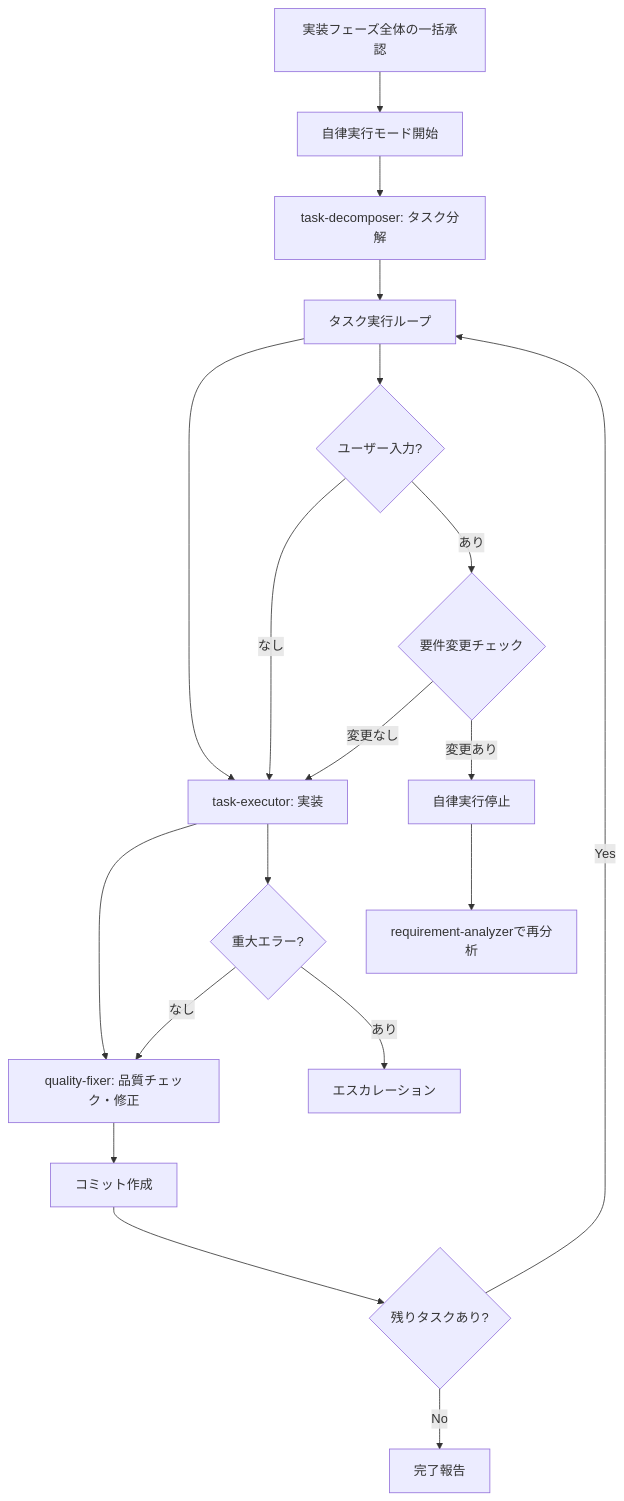
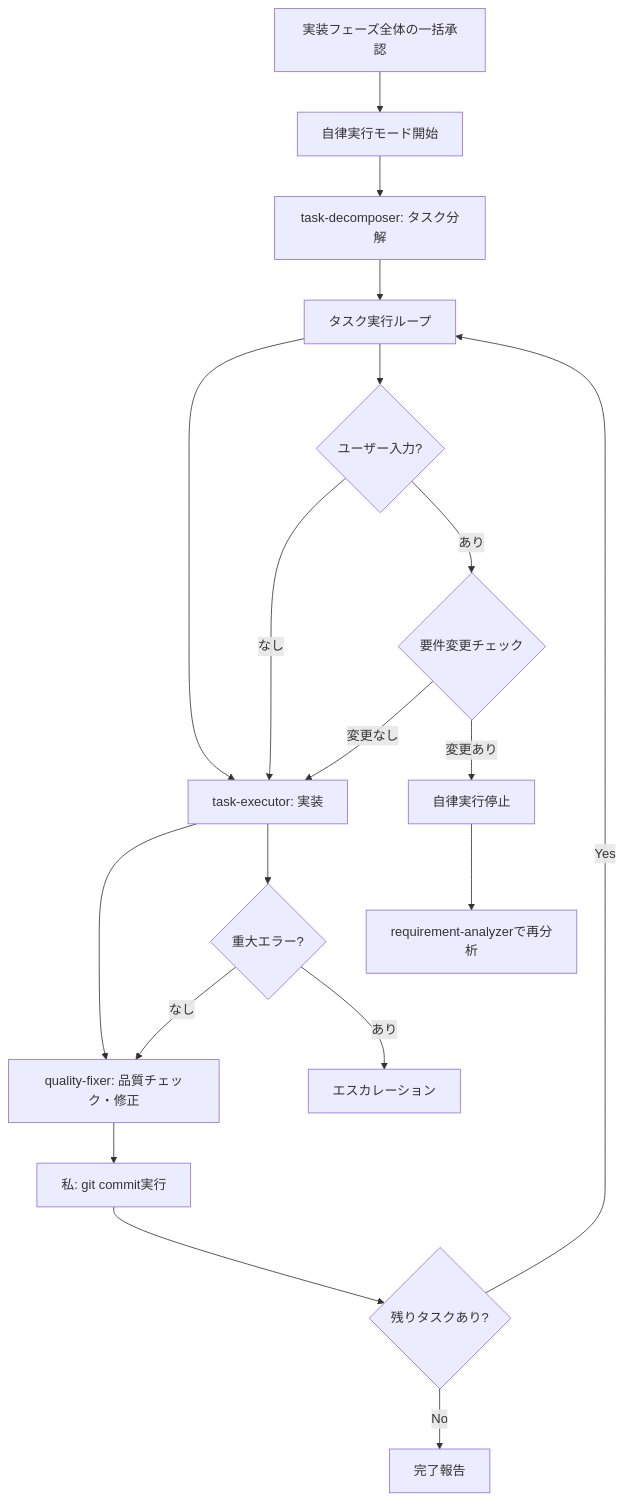
One commit to trust-delta/okusuri-support changed the second of 2 diagrams in docs/guides/sub-agents.md. Above: the diagram before and after it, drawn with Mermaid. The commit also changed other lines of this file and 30 other files, not shown here.

````diff
--- a/docs/guides/sub-agents.md
+++ b/docs/guides/sub-agents.md
@@ -189,23 +209,23 @@
 ```mermaid
 graph TD
     START[実装フェーズ全体の一括承認] --> AUTO[自律実行モード開始]
     AUTO --> TD[task-decomposer: タスク分解]
     TD --> LOOP[タスク実行ループ]
     LOOP --> TE[task-executor: 実装]
     TE --> QF[quality-fixer: 品質チェック・修正]
-    QF --> COMMIT[コミット作成]
+    QF --> COMMIT[私: git commit実行]
     COMMIT --> CHECK{残りタスクあり?}
     CHECK -->|Yes| LOOP
     CHECK -->|No| REPORT[完了報告]
-    
+
     LOOP --> INTERRUPT{ユーザー入力?}
     INTERRUPT -->|なし| TE
     INTERRUPT -->|あり| REQCHECK{要件変更チェック}
     REQCHECK -->|変更なし| TE
     REQCHECK -->|変更あり| STOP[自律実行停止]
     STOP --> RA[requirement-analyzerで再分析]
-    
+
     TE --> ERROR{重大エラー?}
     ERROR -->|なし| QF
     ERROR -->|あり| ESC[エスカレーション]
 ```
````
